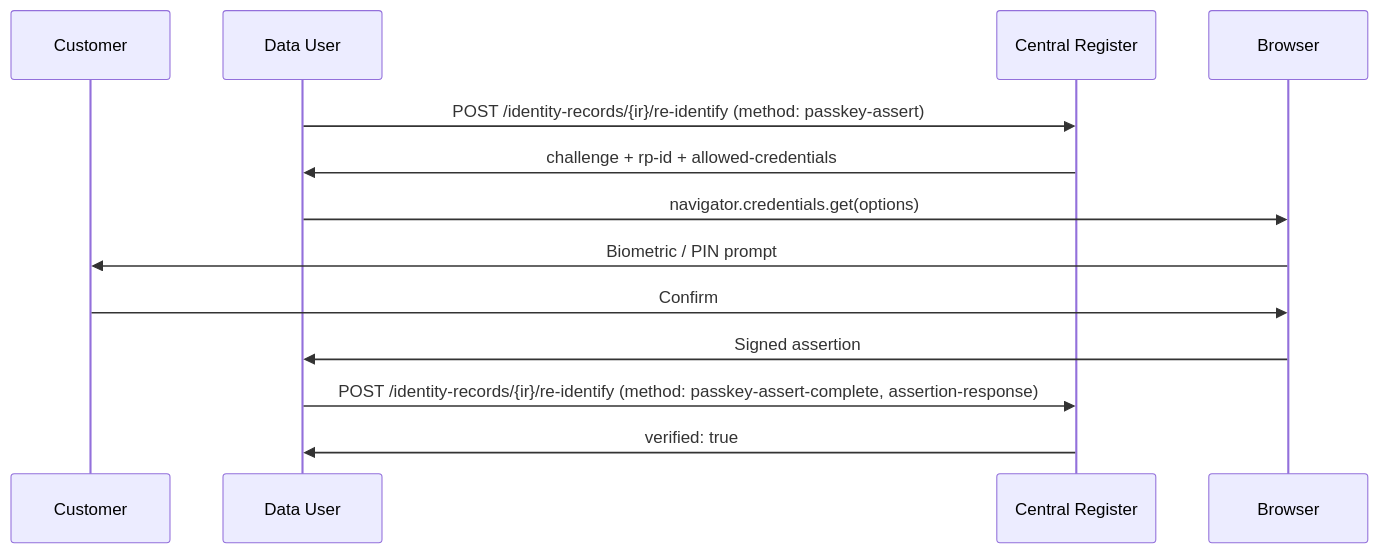
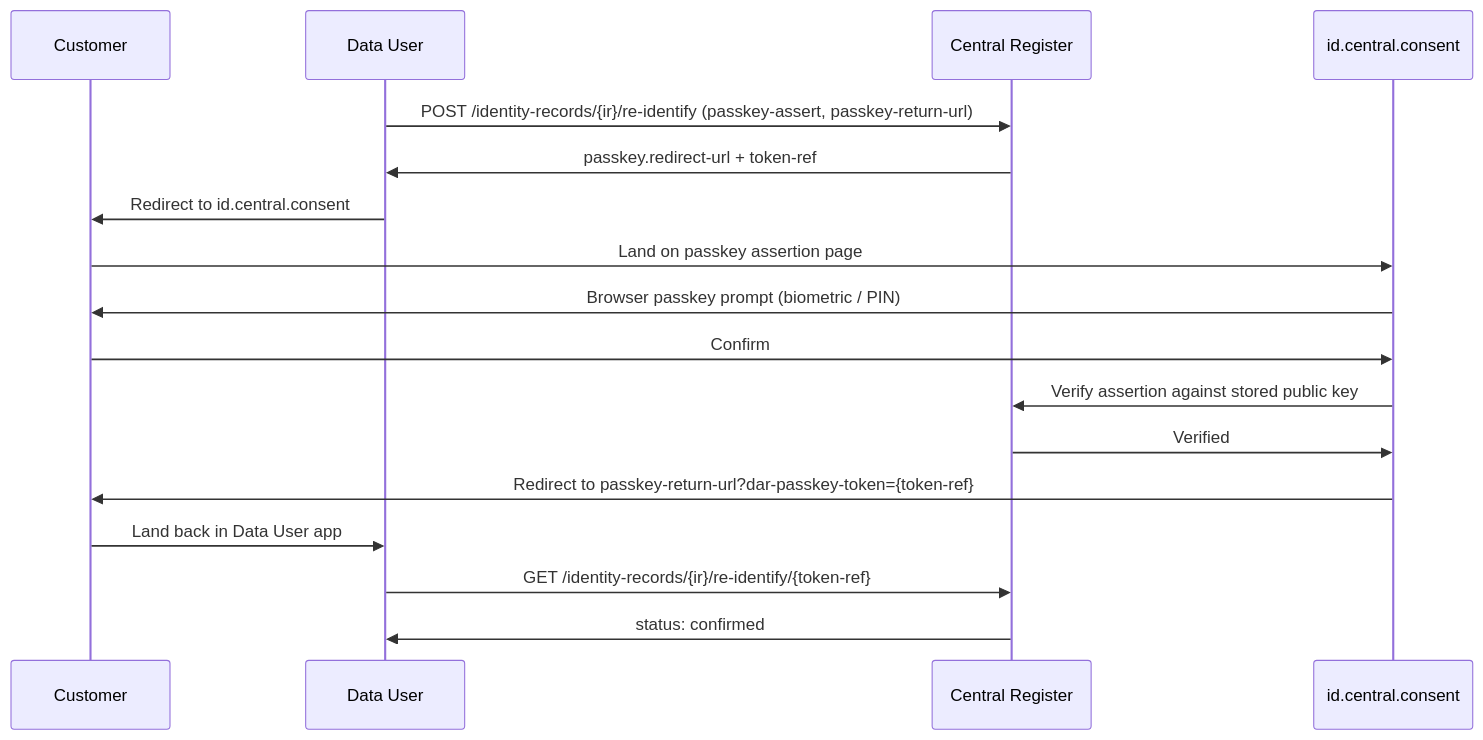
One commit to AuthEnergy/dar changed the third of 5 diagrams in docs/identity-guide.mdx. Above: the diagram before and after it, drawn with Mermaid. The commit also changed other lines of this file and 3 other files, not shown here.

````diff
--- a/docs/identity-guide.mdx
+++ b/docs/identity-guide.mdx
@@ -109,16 +112,20 @@
 ```mermaid
 sequenceDiagram
     participant Customer
     participant DU as Data User
     participant CR as Central Register
-    participant Browser
+    participant ID as id.central.consent
 
-    DU->>CR: POST /identity-records/{ir}/re-identify (method: passkey-assert)
-    CR->>DU: challenge + rp-id + allowed-credentials
-    DU->>Browser: navigator.credentials.get(options)
-    Browser->>Customer: Biometric / PIN prompt
-    Customer->>Browser: Confirm
-    Browser->>DU: Signed assertion
-    DU->>CR: POST /identity-records/{ir}/re-identify (method: passkey-assert-complete, assertion-response)
-    CR->>DU: verified: true
+    DU->>CR: POST /identity-records/{ir}/re-identify (passkey-assert, passkey-return-url)
+    CR->>DU: passkey.redirect-url + token-ref
+    DU->>Customer: Redirect to id.central.consent
+    Customer->>ID: Land on passkey assertion page
+    ID->>Customer: Browser passkey prompt (biometric / PIN)
+    Customer->>ID: Confirm
+    ID->>CR: Verify assertion against stored public key
+    CR->>ID: Verified
+    ID->>Customer: Redirect to passkey-return-url?dar-passkey-token={token-ref}
+    Customer->>DU: Land back in Data User app
+    DU->>CR: GET /identity-records/{ir}/re-identify/{token-ref}
+    CR->>DU: status: confirmed
 ```
````
